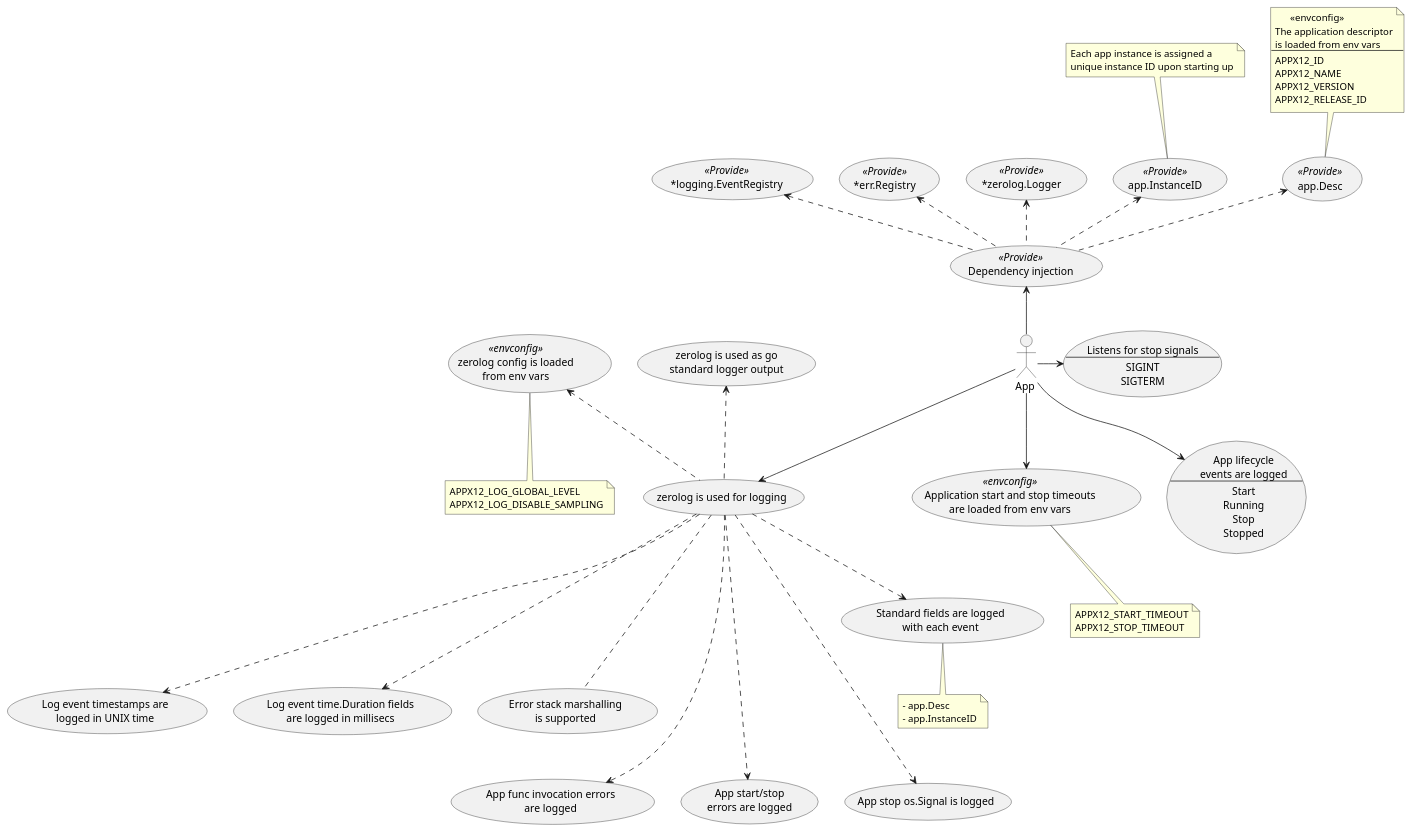
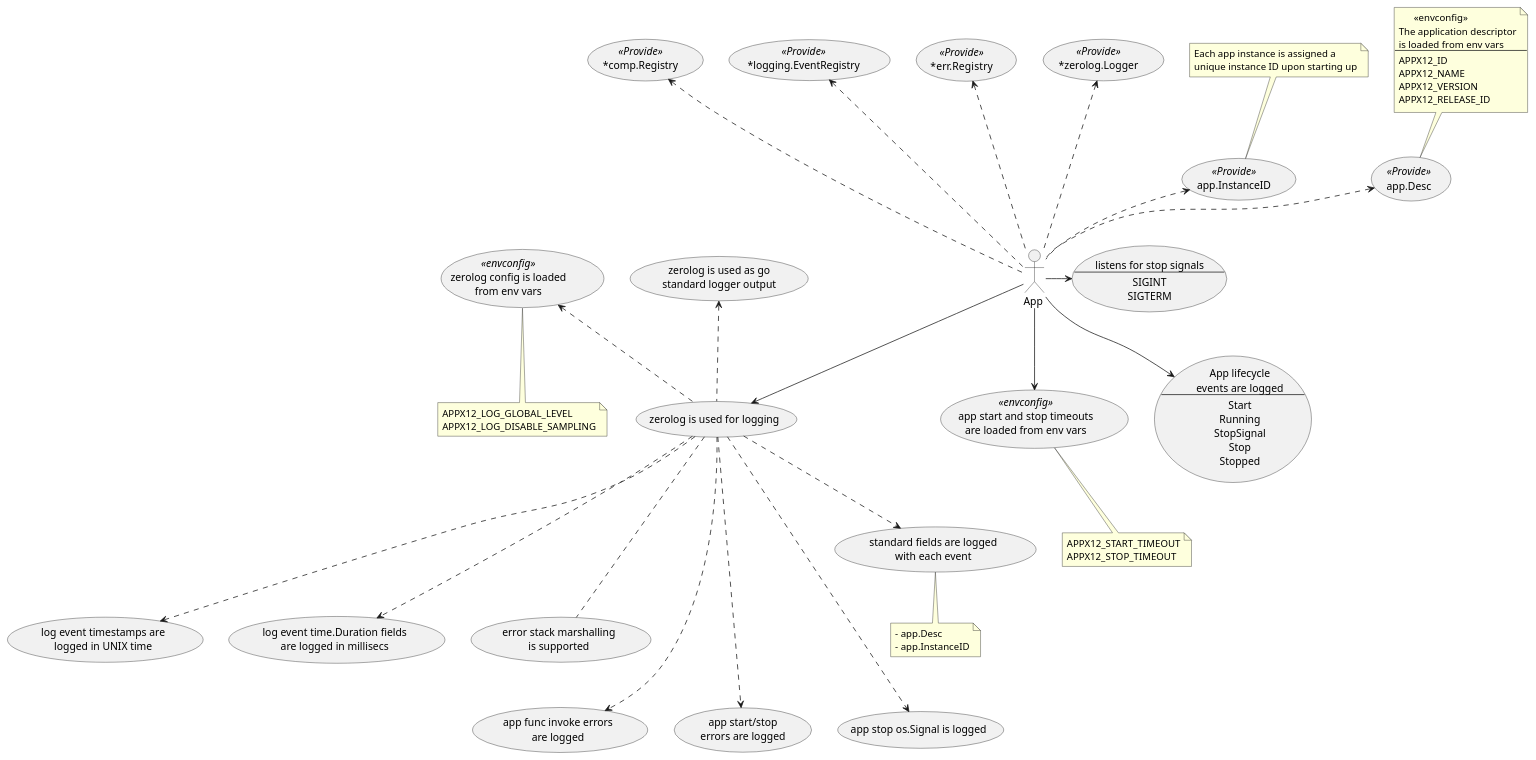
One commit to oysterpack/andiamo changed the diagram in pkg/app/fx/usecases.puml. Above: the diagram before and after it, drawn with PlantUML. The commit also changed 3 other files, not shown here.

```diff
--- a/pkg/app/fx/usecases.puml
+++ b/pkg/app/fx/usecases.puml
@@ -1,118 +1,119 @@
 @startuml
 skinparam usecase {
 	BackgroundColor<< NEW >> DarkSeaGreen
 	BorderColor<< NEW >> YellowGreen
 }
 
 actor :App : as APP
 
-usecase APP_TIMEOUTS << envconfig >> as "Application start and stop timeouts
+usecase APP_TIMEOUTS << envconfig >> as "app start and stop timeouts
 are loaded from env vars"
 
 note bottom of APP_TIMEOUTS {
 APPX12_START_TIMEOUT
 APPX12_STOP_TIMEOUT
 }
 
 usecase APP_LOGGING as "zerolog is used for logging"
 usecase ZEROLOG_CONFIG << envconfig >> as "zerolog config is loaded
 from env vars"
 
 note bottom of ZEROLOG_CONFIG {
 APPX12_LOG_GLOBAL_LEVEL
 APPX12_LOG_DISABLE_SAMPLING
 }
 
-usecase LOG_APP_DESC as "Standard fields are logged
+usecase LOG_APP_DESC as "standard fields are logged
 with each event"
 
 note bottom of LOG_APP_DESC {
 - app.Desc
 - app.InstanceID
 }
 
-usecase LOG_TIMESTAMP as "Log event timestamps are
+usecase LOG_TIMESTAMP as "log event timestamps are
 logged in UNIX time"
 
-usecase LOG_DURATION as "Log event time.Duration fields
+usecase LOG_DURATION as "log event time.Duration fields
 are logged in millisecs"
 
-usecase LOG_ERROR_STACK_MARSHALLER as "Error stack marshalling
+usecase LOG_ERROR_STACK_MARSHALLER as "error stack marshalling
 is supported"
 
 usecase GO_LOGGING as "zerolog is used as go
 standard logger output"
 
-usecase DEPENDENCY_INJECTION << Provide >> as "Dependency injection"
 usecase PROVIDE_APP_DESC << Provide >> as "app.Desc"
 
 note top of PROVIDE_APP_DESC {
       <<envconfig>>
 The application descriptor
 is loaded from env vars
 ---
 APPX12_ID
 APPX12_NAME
 APPX12_VERSION
 APPX12_RELEASE_ID
 }
 
 usecase PROVIDE_APP_INSTANCE_ID << Provide >> as "app.InstanceID"
 
 note top of PROVIDE_APP_INSTANCE_ID  {
 Each app instance is assigned a
 unique instance ID upon starting up
 }
 
 usecase PROVIDE_LOGGER << Provide >> as "*zerolog.Logger"
 usecase PROVIDE_ERR_REGISTRY << Provide >> as "*err.Registry"
 usecase PROVIDE_EVENT_REGISTRY << Provide >> as "*logging.EventRegistry"
+usecase PROVIDE_COMP_REGISTRY << Provide >> as "*comp.Registry"
 
 
-DEPENDENCY_INJECTION .up.> PROVIDE_APP_DESC
-DEPENDENCY_INJECTION .up.> PROVIDE_APP_INSTANCE_ID
-DEPENDENCY_INJECTION .up.> PROVIDE_LOGGER
-DEPENDENCY_INJECTION .up.> PROVIDE_ERR_REGISTRY
-DEPENDENCY_INJECTION .up.> PROVIDE_EVENT_REGISTRY
+APP .up.> PROVIDE_APP_DESC
+APP .up.> PROVIDE_APP_INSTANCE_ID
+APP .up..> PROVIDE_LOGGER
+APP .up..> PROVIDE_ERR_REGISTRY
+APP .up..> PROVIDE_EVENT_REGISTRY
+APP .up..> PROVIDE_COMP_REGISTRY
 
 usecase LOG_APP_LIFECYCLE_EVENTS as "App lifecycle
 events are logged
 ---
 Start
 Running
+StopSignal
 Stop
 Stopped"
 
-usecase LOG_APP_INVOKE_ERRORS as "App func invocation errors
+usecase LOG_APP_INVOKE_ERRORS as "app func invoke errors
 are logged"
 
-usecase LOG_APP_START_STOP_ERRORS as "App start/stop
+usecase LOG_APP_START_STOP_ERRORS as "app start/stop
 errors are logged"
 
-usecase LOG_STOP_SIGNAL_EVENT as "App stop os.Signal is logged"
+usecase LOG_STOP_SIGNAL_EVENT as "app stop os.Signal is logged"
 
-usecase APP_STOP_SIGNALS as "Listens for stop signals
+usecase APP_STOP_SIGNALS as "listens for stop signals
 ---
 SIGINT
 SIGTERM
 "
 
 APP_LOGGING .up.> GO_LOGGING
 APP_LOGGING .up.> ZEROLOG_CONFIG
 APP_LOGGING ..> LOG_APP_DESC
 APP_LOGGING ...> LOG_TIMESTAMP
 APP_LOGGING ...> LOG_DURATION
 APP_LOGGING ....> LOG_APP_INVOKE_ERRORS
 APP_LOGGING ....> LOG_APP_START_STOP_ERRORS
 APP_LOGGING ....> LOG_STOP_SIGNAL_EVENT
 APP_LOGGING ... LOG_ERROR_STACK_MARSHALLER
 
 
-APP -up-> DEPENDENCY_INJECTION
 APP --> APP_TIMEOUTS
 APP --> APP_LOGGING
 
 APP --> LOG_APP_LIFECYCLE_EVENTS
 APP -> APP_STOP_SIGNALS
 
 @enduml
```
